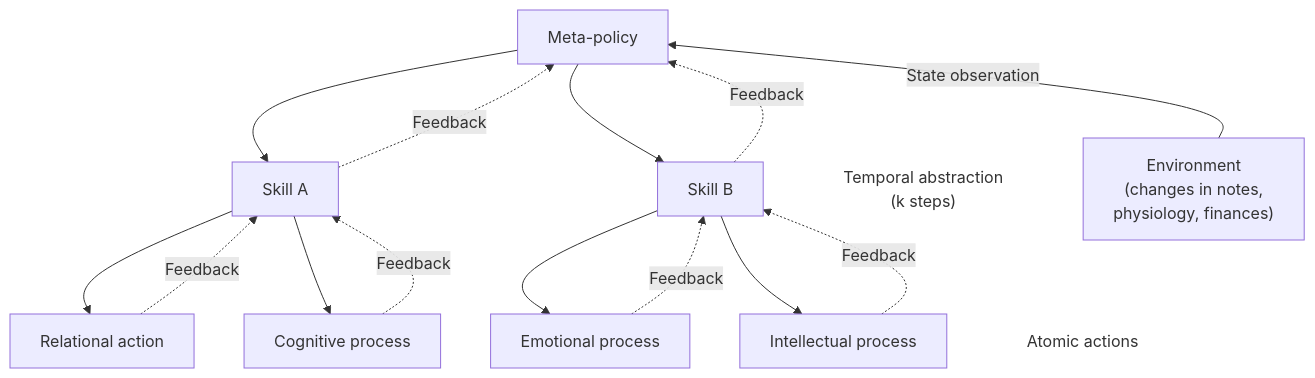
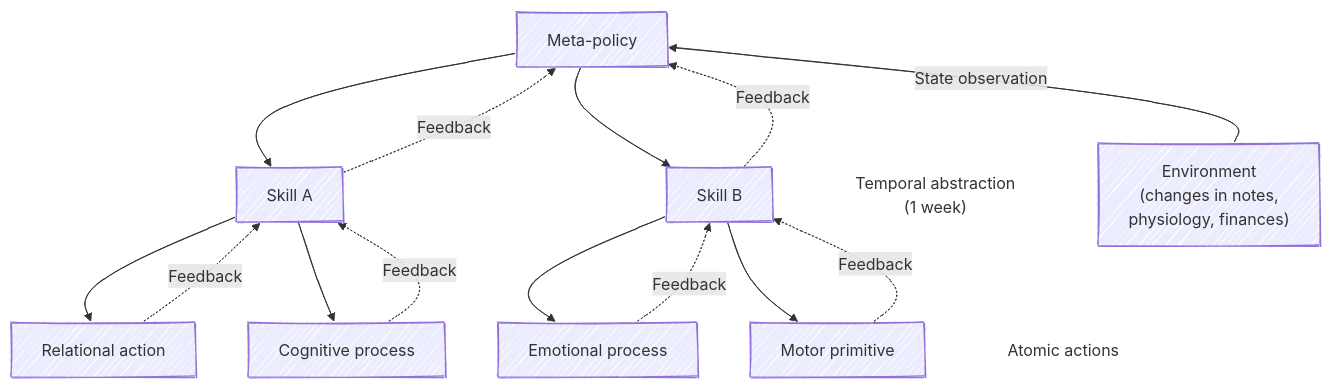
Before and after one commit to altosaar/jaan.io: the diagram in src/content/posts/lifelogging-with-large-language-models.md, drawn with Mermaid. The commit also changed other lines of this file and 14 other files, not shown here.

First line of the commit message:
Set monospace in Hack, sketch the lifelogging diagram, half-width the Bowie photo

````diff
--- a/src/content/posts/lifelogging-with-large-language-models.md
+++ b/src/content/posts/lifelogging-with-large-language-models.md
@@ -53,36 +55,41 @@
 ```mermaid
+---
+config:
+  look: handDrawn
+  fontFamily: system-ui, sans-serif
+---
 flowchart TB
   MP["Meta-policy"]
   L1[" "]:::label
   L2[" "]:::label
   SA["Skill A"]
   SB["Skill B"]
-  TA["Temporal abstraction<br>(k steps)"]:::label
+  TA["Temporal abstraction<br>(1 week)"]:::label
   ENV["Environment<br>(changes in notes,<br>physiology, finances)"]
   P1["Relational action"]
   P2["Cognitive process"]
   P3["Emotional process"]
-  P4["Intellectual process"]
+  P4["Motor primitive"]
   AA["Atomic actions"]:::label
 
   MP ~~~ L1
   MP ~~~ L2
   MP --> SA
   SA -.->|Feedback| MP
   MP --> SB
   SB -.->|Feedback| MP
   SA --> P1
   P1 -.->|Feedback| SA
   SA --> P2
   P2 -.->|Feedback| SA
   SB --> P3
   P3 -.->|Feedback| SB
   SB --> P4
   P4 -.->|Feedback| SB
   MP ~~~ TA
   MP ~~~ ENV
   SB ~~~ AA
   ENV -->|State observation| MP
 
   classDef label fill:none,stroke:none
 ```
````
